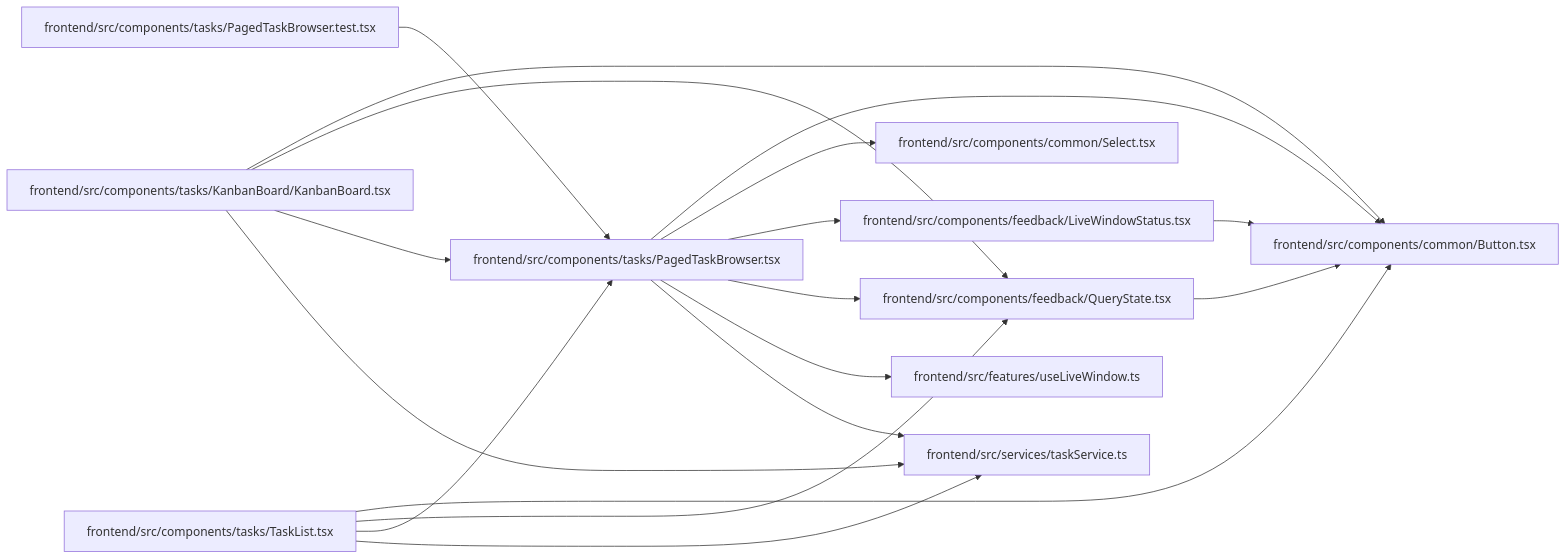
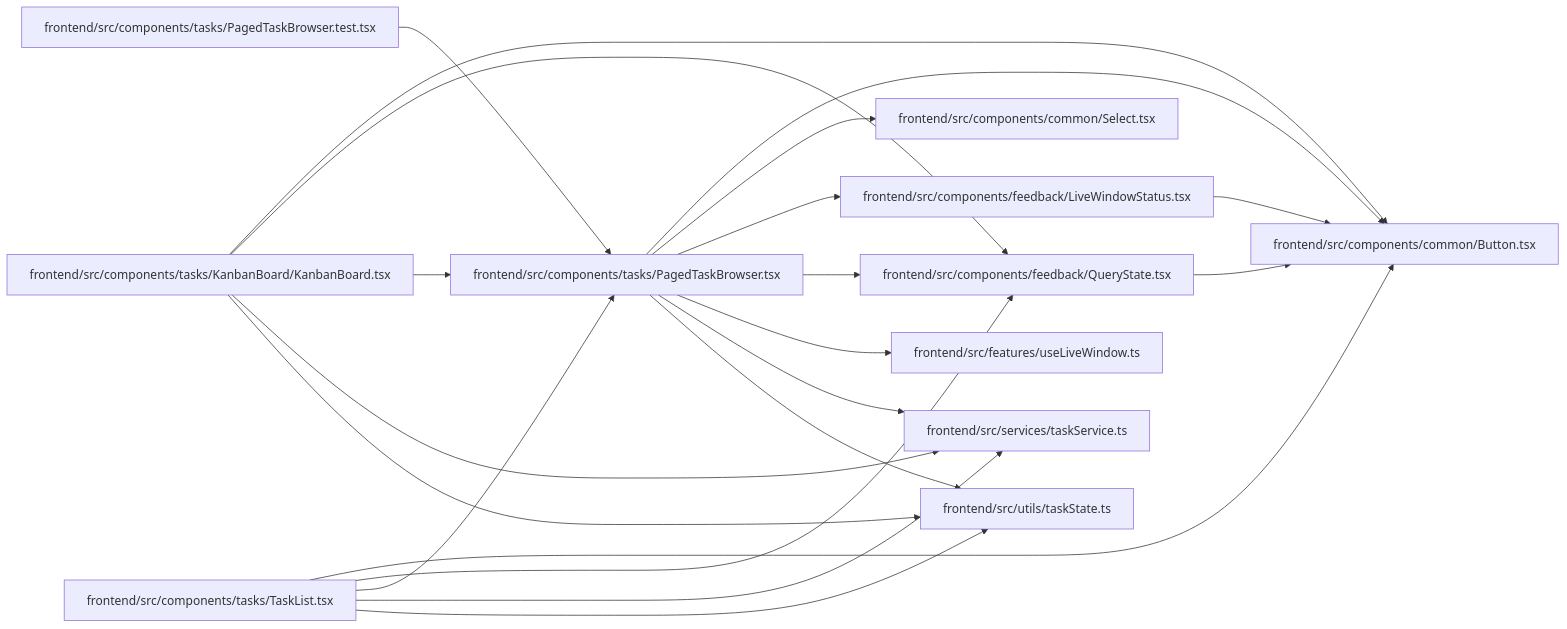
Before and after one commit to Denissvgn/WorkChord: the diagram in docs/llm_wiki/modules/PagedTaskBrowser.md, drawn with Mermaid. The commit also changed other lines of this file and 674 other files, not shown here.

Commit message:
Sync the architectural wiki for showing stopped work

````diff
--- a/docs/llm_wiki/modules/PagedTaskBrowser.md
+++ b/docs/llm_wiki/modules/PagedTaskBrowser.md
@@ -34,40 +35,45 @@
 ```mermaid
 flowchart LR
     n0["frontend/src/components/common/Button.tsx"]
     n1["frontend/src/components/common/Select.tsx"]
     n2["frontend/src/components/feedback/LiveWindowStatus.tsx"]
     n3["frontend/src/components/feedback/QueryState.tsx"]
     n4["frontend/src/components/tasks/KanbanBoard/KanbanBoard.tsx"]
     n5["frontend/src/components/tasks/PagedTaskBrowser.test.tsx"]
     n6["frontend/src/components/tasks/PagedTaskBrowser.tsx"]
     n7["frontend/src/components/tasks/TaskList.tsx"]
     n8["frontend/src/features/useLiveWindow.ts"]
     n9["frontend/src/services/taskService.ts"]
+    n10["frontend/src/utils/taskState.ts"]
     n2 --> n0
     n3 --> n0
     n4 --> n0
     n4 --> n3
     n4 --> n6
     n4 --> n9
+    n4 --> n10
     n5 --> n6
     n6 --> n0
     n6 --> n1
     n6 --> n2
     n6 --> n3
     n6 --> n8
     n6 --> n9
+    n6 --> n10
     n7 --> n0
     n7 --> n3
     n7 --> n6
     n7 --> n9
+    n7 --> n10
     click n0 "../modules/Button.md"
     click n1 "../modules/Select.md"
     click n2 "../modules/LiveWindowStatus.md"
     click n3 "../modules/QueryState.md"
     click n4 "../modules/KanbanBoard.md"
     click n5 "../modules/PagedTaskBrowser.test.md"
     click n6 "../modules/PagedTaskBrowser.md"
     click n7 "../modules/TaskList.md"
     click n8 "../modules/useLiveWindow.md"
     click n9 "../modules/taskService.md"
+    click n10 "../modules/taskState.md"
 ```
````
